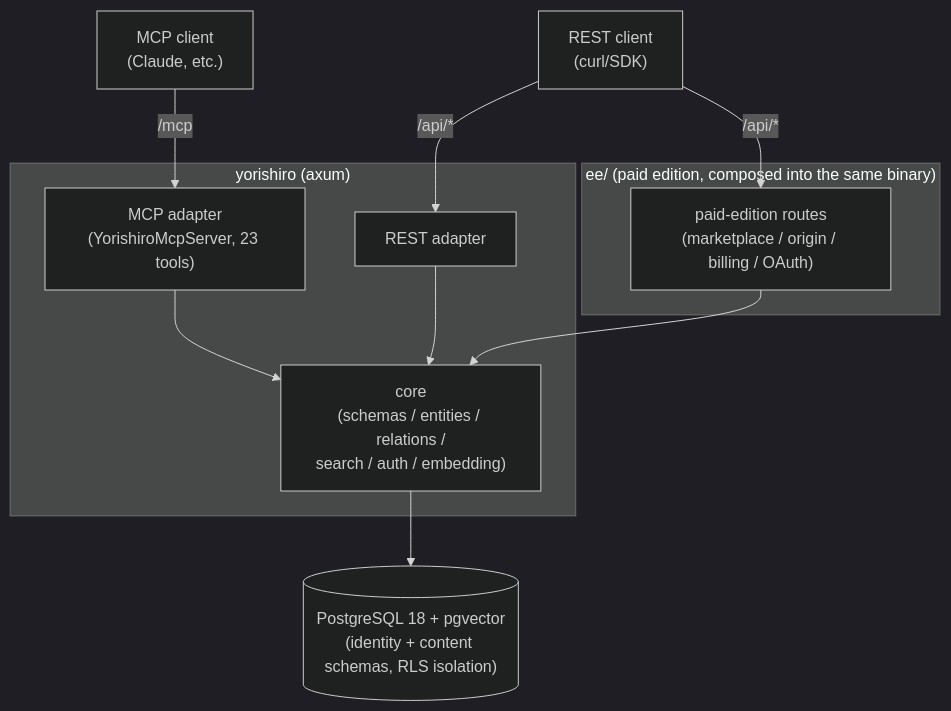
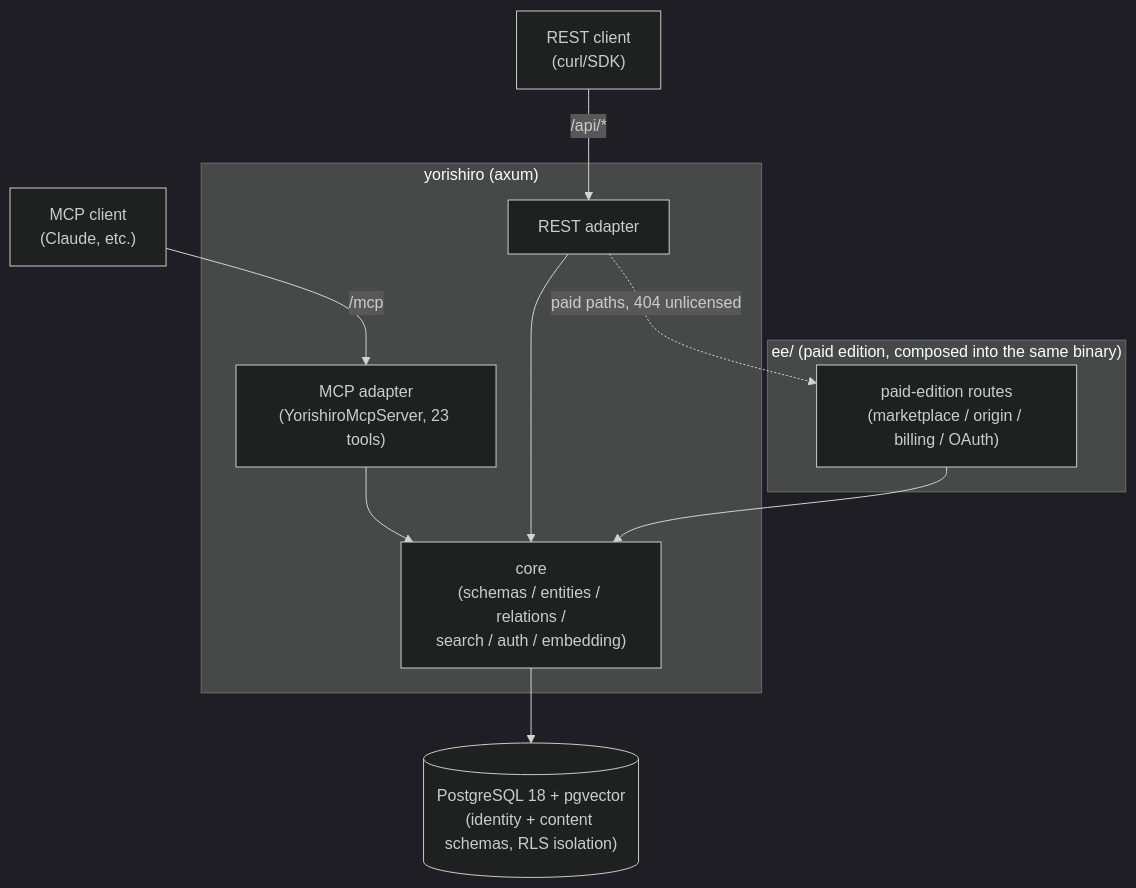
Before and after one commit to yorishiro-ai/yorishiro: the first of 3 diagrams in README.md, drawn with Mermaid (dark theme).

````diff
--- a/README.md
+++ b/README.md
@@ -12,25 +12,25 @@
 ```mermaid
 flowchart TD
     MCPClient["MCP client<br/>(Claude, etc.)"]
     RESTClient["REST client<br/>(curl/SDK)"]
 
     subgraph Paid["ee/ (paid edition, composed into the same binary)"]
-        HostedREST["paid-edition routes<br/>(marketplace / origin / billing / OAuth)"]
+        PaidREST["paid-edition routes<br/>(marketplace / origin / billing / OAuth)"]
     end
 
     subgraph Server["yorishiro (axum)"]
         MCPAdapter["MCP adapter<br/>(YorishiroMcpServer, 23 tools)"]
         RESTAdapter["REST adapter"]
         Core["core<br/>(schemas / entities / relations /<br/>search / auth / embedding)"]
         MCPAdapter --> Core
         RESTAdapter --> Core
     end
 
     DB[("PostgreSQL 18 + pgvector<br/>(identity + content schemas, RLS isolation)")]
 
     MCPClient -->|"/mcp"| MCPAdapter
-    RESTClient -->|"/api/*"| HostedREST
     RESTClient -->|"/api/*"| RESTAdapter
-    HostedREST --> Core
+    RESTAdapter -.->|"paid paths, 404 unlicensed"| PaidREST
+    PaidREST --> Core
     Core --> DB
 ```
````
